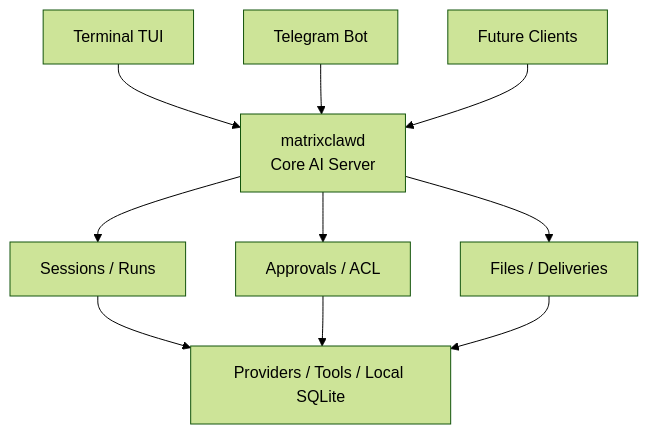
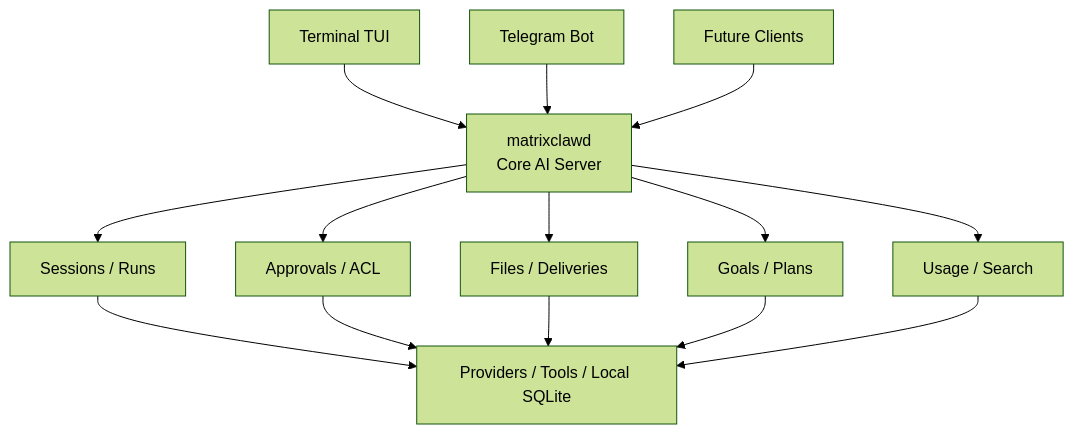
Before and after one commit to Suren878/matrixclaw: the first of 2 diagrams in README.md, drawn with Mermaid (forest theme). The commit also changed other lines of this file and 83 other files, not shown here.

````diff
--- a/README.md
+++ b/README.md
@@ -51,20 +54,24 @@
 ```mermaid
 flowchart TD
     TUI[Terminal TUI]
     TG[Telegram Bot]
     FC[Future Clients]
 
     TUI --> D
     TG --> D
     FC --> D
 
     D["matrixclawd<br/>Core AI Server"]
 
     D --> S[Sessions / Runs]
     D --> A[Approvals / ACL]
     D --> F[Files / Deliveries]
+    D --> P[Goals / Plans]
+    D --> U[Usage / Search]
 
     S --> B[Providers / Tools / Local SQLite]
     A --> B
     F --> B
+    P --> B
+    U --> B
 ```
````
